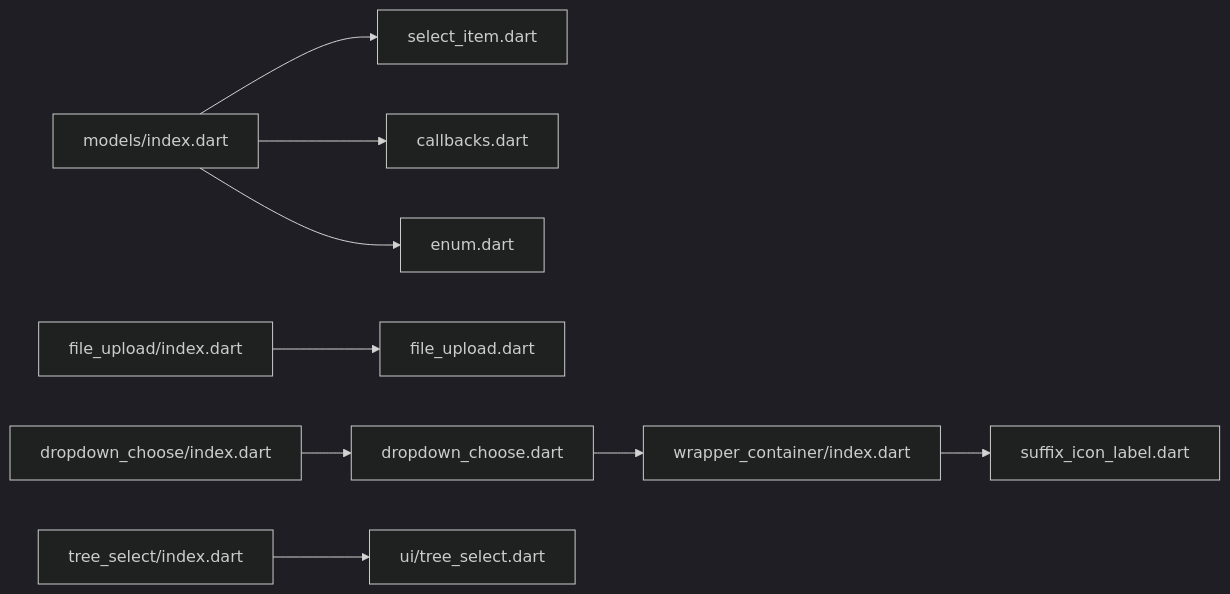
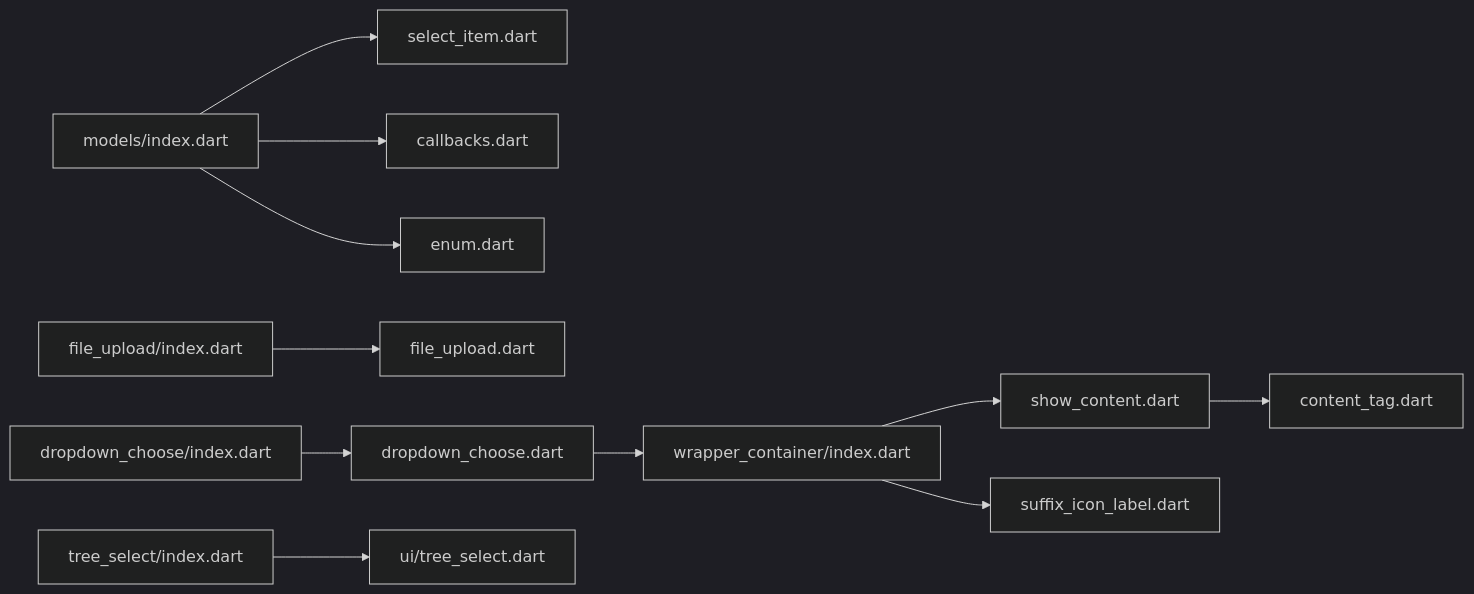
Diagram 11 of 11 in .qoder/repowiki/zh/content/API 参考/高级组件 API/高级组件 API.md (yuzhido/lite-ui), drawn with Mermaid (dark theme) before and after one commit. The commit also changed other lines of this file and 44 other files, not shown here.

````diff
--- a/.qoder/repowiki/zh/content/API 参考/高级组件 API/高级组件 API.md
+++ b/.qoder/repowiki/zh/content/API 参考/高级组件 API/高级组件 API.md
@@ -380,11 +505,13 @@
 ```mermaid
 graph LR
 Models["models/index.dart"] --> SI["select_item.dart"]
 Models --> CB["callbacks.dart"]
 Models --> EN["enum.dart"]
 FU["file_upload/index.dart"] --> FC["file_upload.dart"]
 DC["dropdown_choose/index.dart"] --> DD["dropdown_choose.dart"]
 DD --> WC["wrapper_container/index.dart"]
+WC --> SC["show_content.dart"]
 WC --> SIL["suffix_icon_label.dart"]
+SC --> CT["content_tag.dart"]
 TS["tree_select/index.dart"] --> TU["ui/tree_select.dart"]
 ```
````
